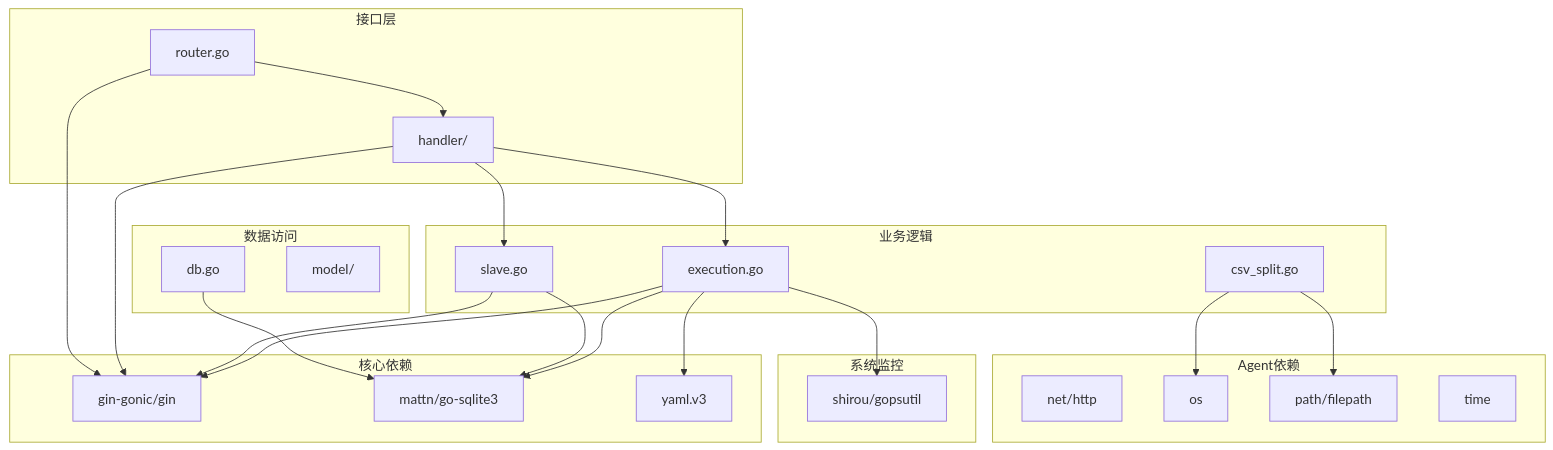
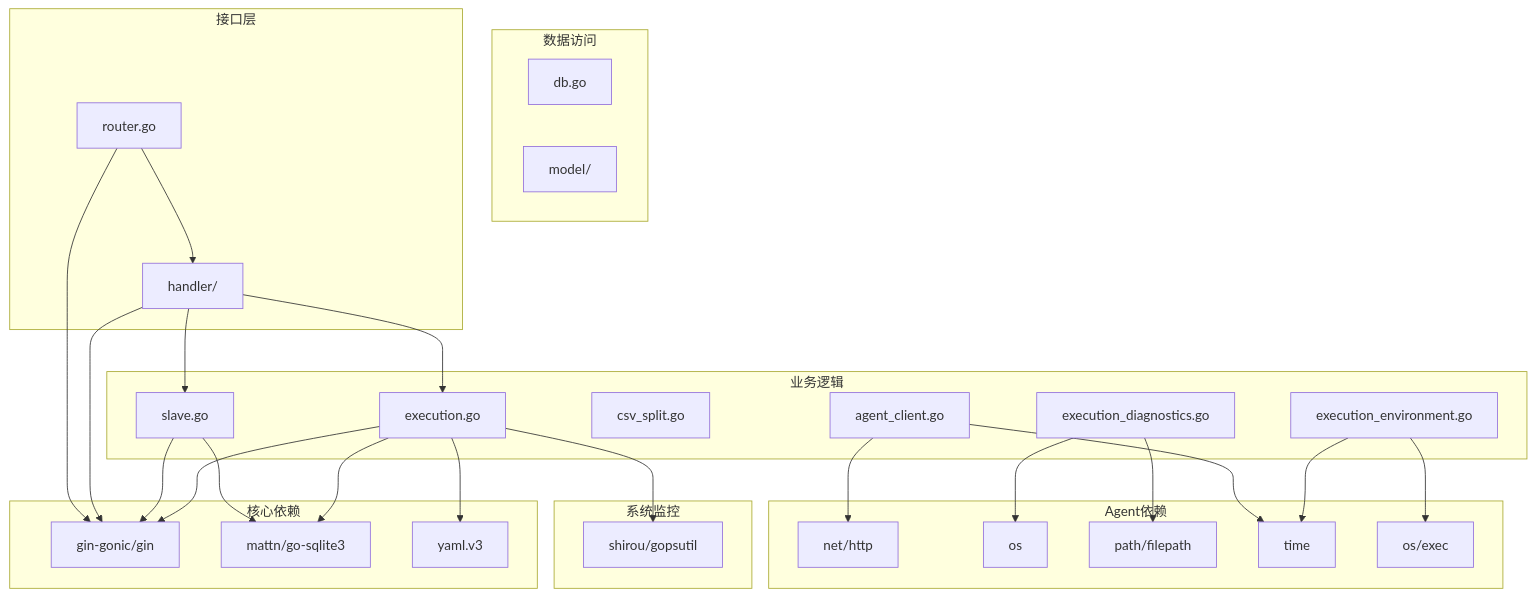
Before and after one commit to Liyuhao02/Jmeter-Admin: diagram 13 of 13 in .qoder/repowiki/zh/content/核心业务模块/JMeter Agent系统.md, drawn with Mermaid. The commit also changed other lines of this file and 7 other files, not shown here.

````diff
--- a/.qoder/repowiki/zh/content/核心业务模块/JMeter Agent系统.md
+++ b/.qoder/repowiki/zh/content/核心业务模块/JMeter Agent系统.md
@@ -507,44 +625,51 @@
 ```mermaid
 graph TB
 subgraph "核心依赖"
 Gin[gin-gonic/gin]
 SQLite[mattn/go-sqlite3]
 YAML[yaml.v3]
 end
 subgraph "系统监控"
 Gopsutil[shirou/gopsutil]
 end
 subgraph "Agent依赖"
 Net[net/http]
 OS[os]
 Path[path/filepath]
 Time[time]
+Exec[os/exec]
 end
 subgraph "业务逻辑"
 Execution[execution.go]
 Slave[slave.go]
 CSV[csv_split.go]
+EnvService[execution_environment.go]
+DiagService[execution_diagnostics.go]
+AgentClient[agent_client.go]
 end
 subgraph "数据访问"
 DB[db.go]
 Model[model/]
 end
 subgraph "接口层"
 Handler[handler/]
 Router[router.go]
 end
 Execution --> Gin
 Execution --> SQLite
 Execution --> YAML
 Execution --> Gopsutil
 Slave --> Gin
 Slave --> SQLite
-CSV --> OS
-CSV --> Path
-DB --> SQLite
+EnvService --> Exec
+EnvService --> Time
+DiagService --> OS
+DiagService --> Path
+AgentClient --> Net
+AgentClient --> Time
 Handler --> Gin
 Handler --> Execution
 Handler --> Slave
 Router --> Gin
 Router --> Handler
 ```
````
